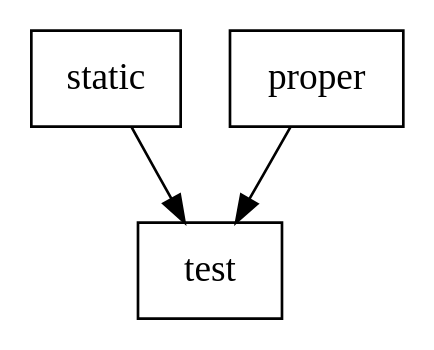
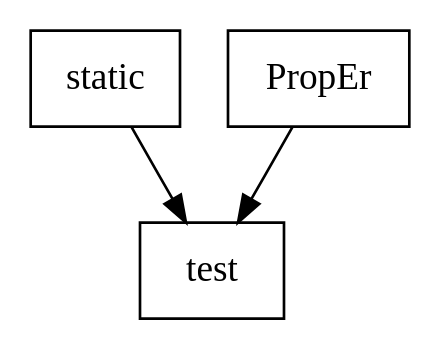
The diagram in doc/unify.dot (th0114nd/uffda), drawn with Graphviz before and after one commit. The commit also changed 1 other file, not shown here.

```diff
--- a/doc/unify.dot
+++ b/doc/unify.dot
@@ -1,5 +1,5 @@
 digraph G {
     node[ shape=rectangle]
     static -> test;
-    proper -> test;
+    PropEr -> test;
 }
```
